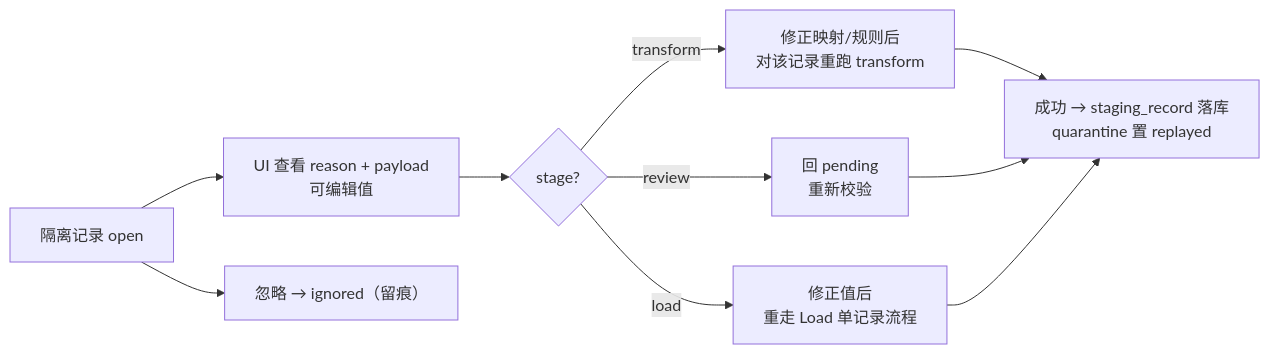
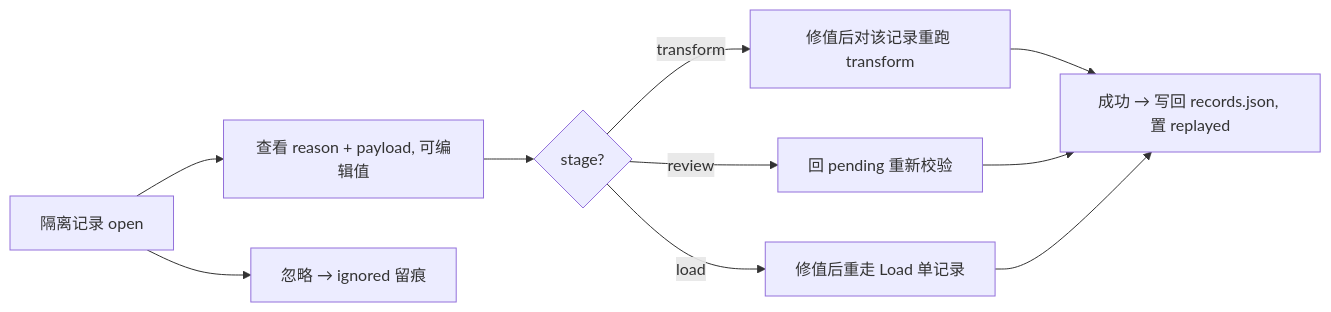
Before and after one commit to freeedoooooo/algs: the seventh of 7 diagrams in 20-CV/mvp/docs/design-data-pipeline.md, drawn with Mermaid. The commit also changed other lines of this file and 6 other files, not shown here.

````diff
--- a/20-CV/mvp/docs/design-data-pipeline.md
+++ b/20-CV/mvp/docs/design-data-pipeline.md
@@ -660,12 +635,12 @@
 ```mermaid
 flowchart LR
-    Q["隔离记录 open"] --> E["UI 查看 reason + payload<br/>可编辑值"]
+    Q["隔离记录 open"] --> E["查看 reason + payload, 可编辑值"]
     E --> R{"stage?"}
-    R -->|transform| T["修正映射/规则后<br/>对该记录重跑 transform"]
-    R -->|review| V["回 pending<br/>重新校验"]
-    R -->|load| L["修正值后<br/>重走 Load 单记录流程"]
-    T --> S["成功 → staging_record 落库<br/>quarantine 置 replayed"]
+    R -->|transform| T["修值后对该记录重跑 transform"]
+    R -->|review| V["回 pending 重新校验"]
+    R -->|load| L["修值后重走 Load 单记录"]
+    T --> S["成功 → 写回 records.json, 置 replayed"]
     V --> S
     L --> S
-    Q --> I["忽略 → ignored（留痕）"]
+    Q --> I["忽略 → ignored 留痕"]
 ```
````
